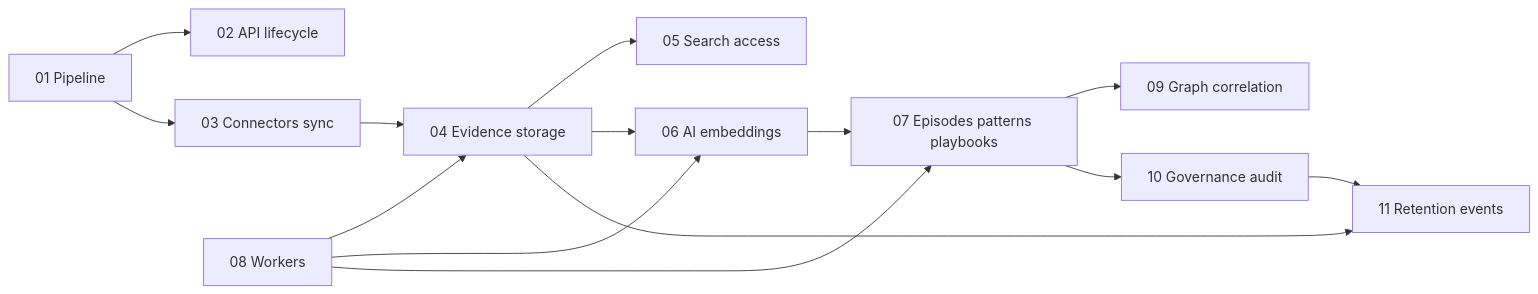
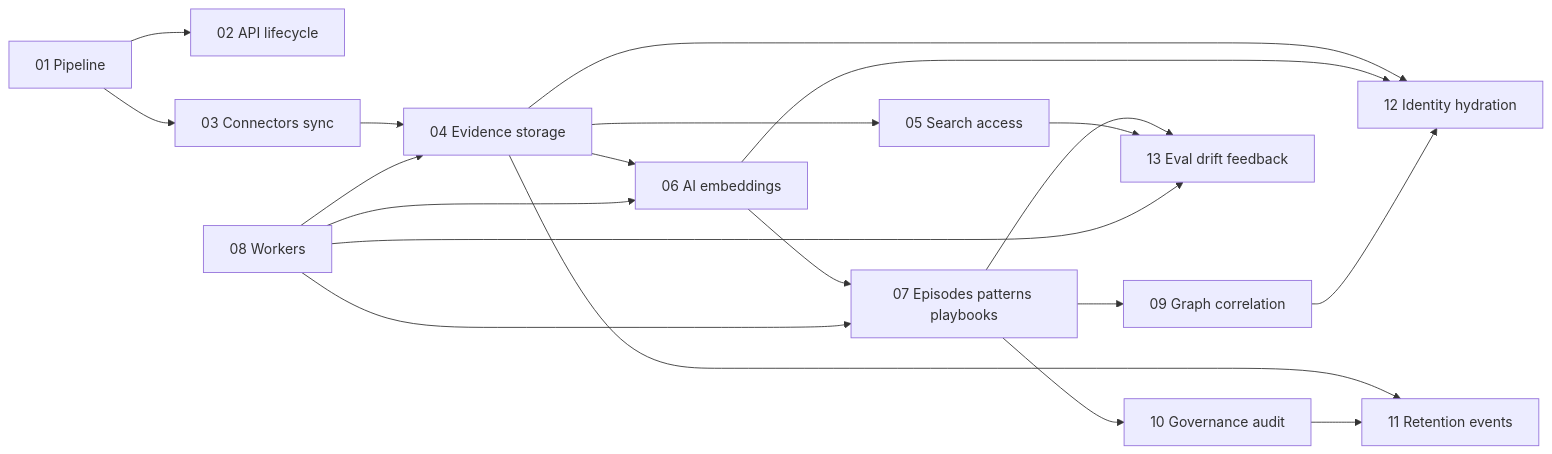
One commit to Valuedx/ContextEdge changed the diagram in codewiki/PLAN.md. Above: the diagram before and after it, drawn with Mermaid. The commit also changed other lines of this file and 6 other files, not shown here.

````diff
--- a/codewiki/PLAN.md
+++ b/codewiki/PLAN.md
@@ -42,27 +44,35 @@
 ```mermaid
 flowchart LR
   P1[01 Pipeline]
   P2[02 API lifecycle]
   P3[03 Connectors sync]
   P4[04 Evidence storage]
   P5[05 Search access]
   P6[06 AI embeddings]
   P7[07 Episodes patterns playbooks]
   P8[08 Workers]
   P9[09 Graph correlation]
   P10[10 Governance audit]
   P11[11 Retention events]
+  P12[12 Identity hydration]
+  P13[13 Eval drift feedback]
   P1 --> P2
   P1 --> P3
   P3 --> P4
   P4 --> P5
   P4 --> P6
   P6 --> P7
   P8 --> P4
   P8 --> P6
   P8 --> P7
   P7 --> P9
   P7 --> P10
   P4 --> P11
   P10 --> P11
+  P4 --> P12
+  P6 --> P12
+  P9 --> P12
+  P7 --> P13
+  P5 --> P13
+  P8 --> P13
 ```
````
